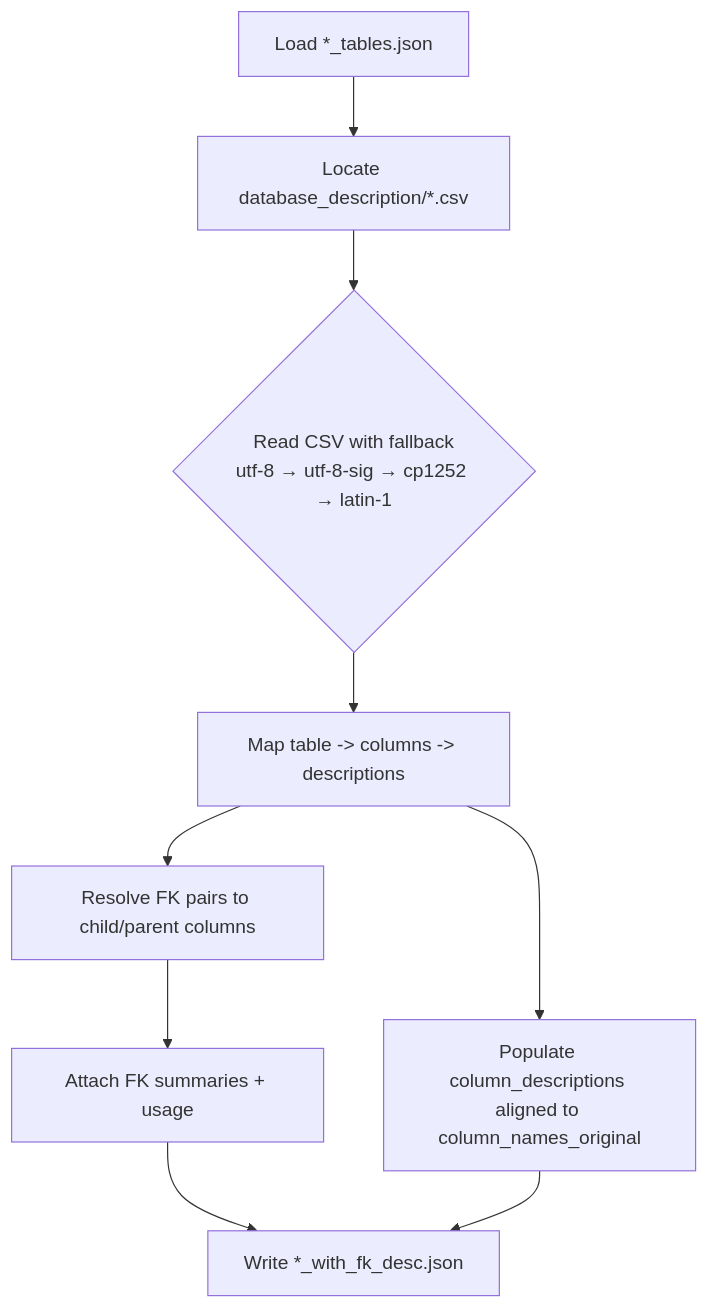
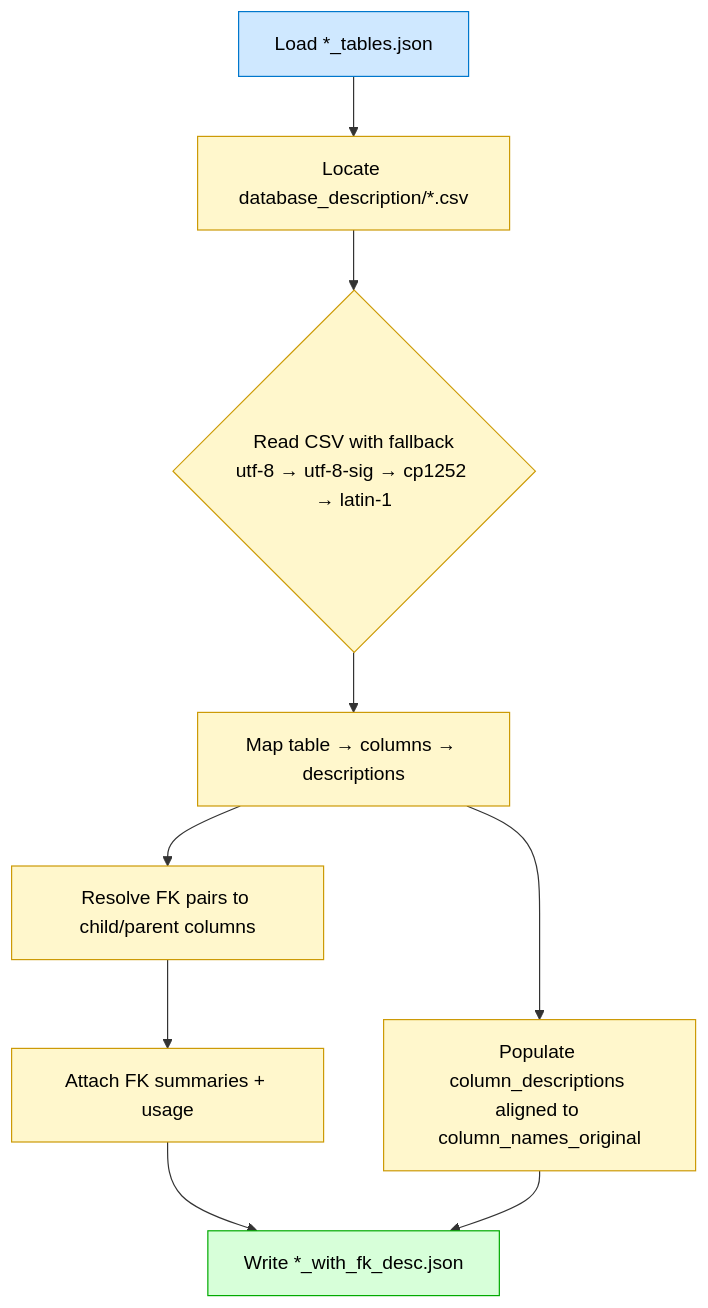
Before and after one commit to Zeyadmosalem/Graduation: the second of 5 diagrams in README.md, drawn with Mermaid. The commit also changed other lines of this file, not shown here.

````diff
--- a/README.md
+++ b/README.md
@@ -99,11 +153,21 @@
 ```mermaid
 flowchart TD
     S1[Load *_tables.json] --> S2[Locate database_description/*.csv]
-    S2 --> S3{Read CSV with fallback\nutf-8 → utf-8-sig → cp1252 → latin-1}
-    S3 --> S4[Map table -> columns -> descriptions]
+    S2 --> S3{Read CSV with fallback<br/>utf-8 → utf-8-sig → cp1252 → latin-1}
+    S3 --> S4[Map table → columns → descriptions]
     S4 --> S5[Resolve FK pairs to child/parent columns]
     S5 --> S6[Attach FK summaries + usage]
     S4 --> S7[Populate column_descriptions aligned to column_names_original]
     S6 --> S8[Write *_with_fk_desc.json]
     S7 --> S8
+
+    style S1 fill:#cfe8ff,stroke:#0077cc,color:#000
+    style S2 fill:#fff7cc,stroke:#cc9a06,color:#000
+    style S3 fill:#fff7cc,stroke:#cc9a06,color:#000
+    style S4 fill:#fff7cc,stroke:#cc9a06,color:#000
+    style S5 fill:#fff7cc,stroke:#cc9a06,color:#000
+    style S6 fill:#fff7cc,stroke:#cc9a06,color:#000
+    style S7 fill:#fff7cc,stroke:#cc9a06,color:#000
+    style S8 fill:#d7ffd9,stroke:#0a0,color:#000
+
 ```
````
